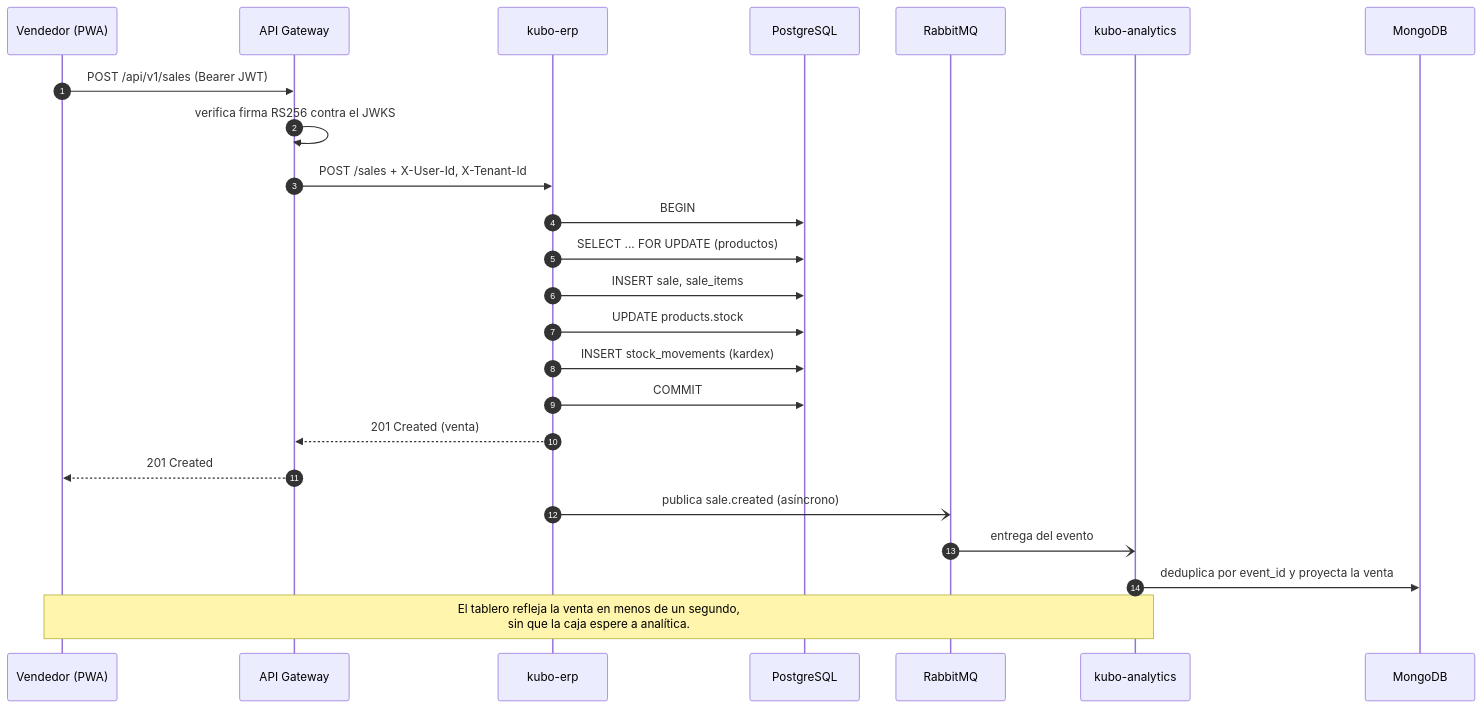
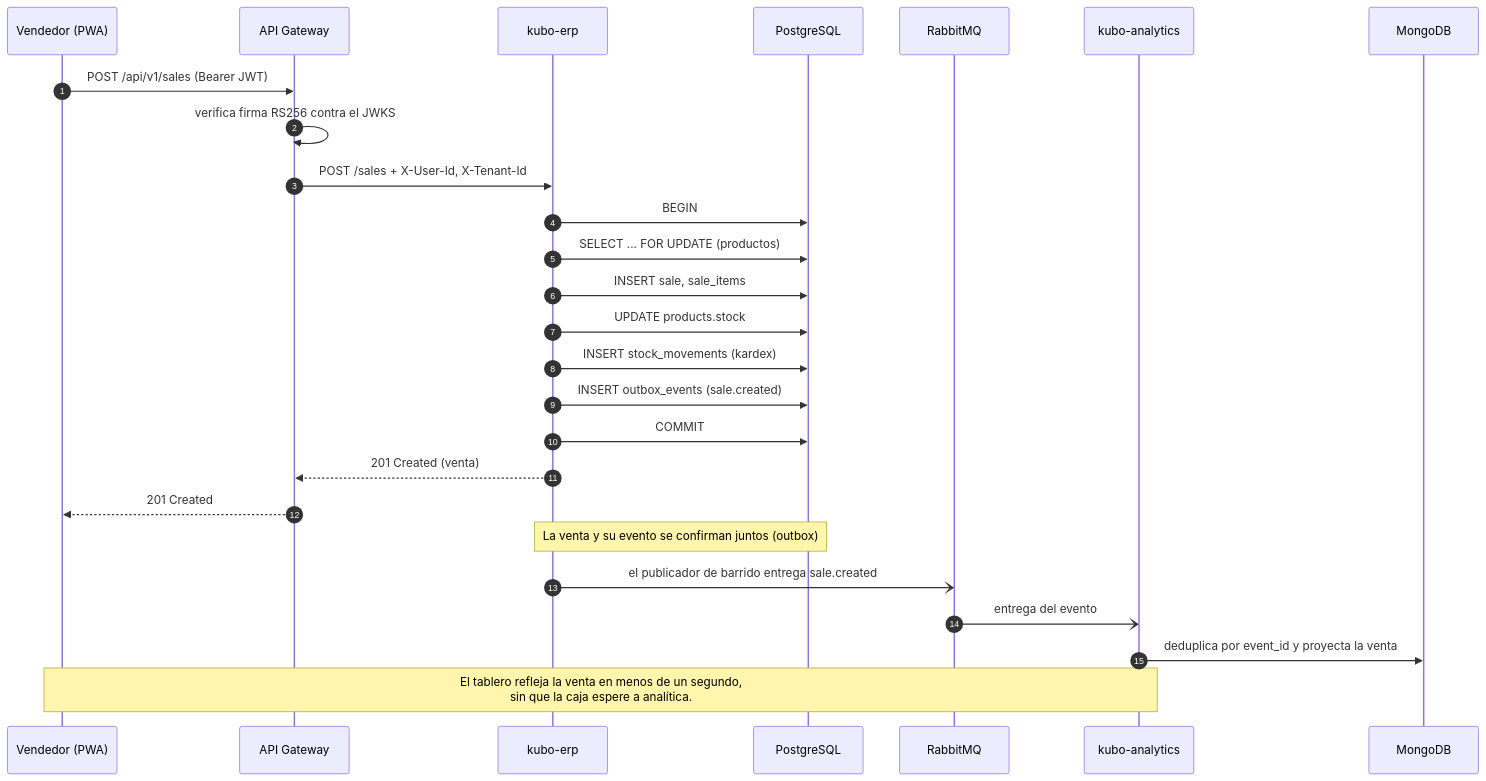
One commit to NFGS/kubo-docs changed the fourth of 5 diagrams in 01-arquitectura.md. Above: the diagram before and after it, drawn with Mermaid. The commit also changed other lines of this file and 17 other files, not shown here.

````diff
--- a/01-arquitectura.md
+++ b/01-arquitectura.md
@@ -118,27 +123,29 @@
 ```mermaid
 sequenceDiagram
   autonumber
   participant V as Vendedor (PWA)
   participant G as API Gateway
   participant E as kubo-erp
   participant P as PostgreSQL
   participant M as RabbitMQ
   participant A as kubo-analytics
   participant N as MongoDB
 
   V->>G: POST /api/v1/sales (Bearer JWT)
   G->>G: verifica firma RS256 contra el JWKS
   G->>E: POST /sales + X-User-Id, X-Tenant-Id
   E->>P: BEGIN
   E->>P: SELECT ... FOR UPDATE (productos)
   E->>P: INSERT sale, sale_items
   E->>P: UPDATE products.stock
   E->>P: INSERT stock_movements (kardex)
+  E->>P: INSERT outbox_events (sale.created)
   E->>P: COMMIT
   E-->>G: 201 Created (venta)
   G-->>V: 201 Created
-  E-)M: publica sale.created (asíncrono)
+  Note over E,P: La venta y su evento se confirman juntos (outbox)
+  E-)M: el publicador de barrido entrega sale.created
   M-)A: entrega del evento
   A->>N: deduplica por event_id y proyecta la venta
   Note over V,A: El tablero refleja la venta en menos de un segundo,<br/>sin que la caja espere a analítica.
 ```
````
